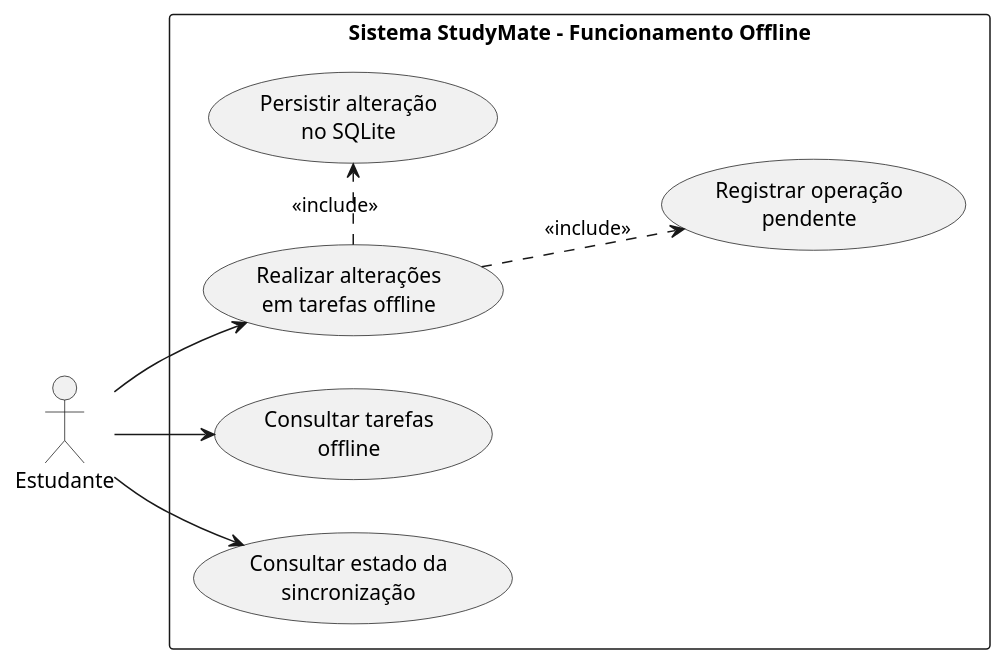
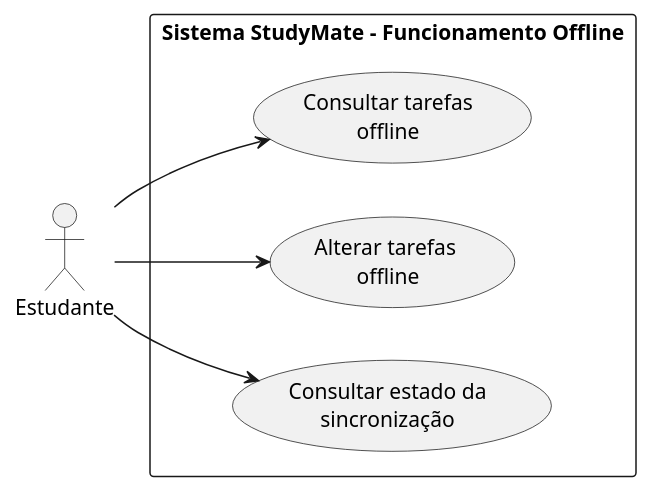
Before and after one commit to StudyMate-TG/studymate-app: the diagram in docs/use_case_diagram_offline.puml, drawn with PlantUML. The commit also changed 2 other files, not shown here.

Commit message:
docs: update offline use case diagram and EAS config

```diff
--- a/docs/use_case_diagram_offline.puml
+++ b/docs/use_case_diagram_offline.puml
@@ -1,34 +1,26 @@
 @startuml
 
 left to right direction
 
 skinparam linetype spline
 skinparam nodesep 35
 skinparam ranksep 40
 
 actor Estudante
 
 rectangle "Sistema StudyMate - Funcionamento Offline" {
 
     usecase "Consultar tarefas\noffline" as UC16
 
-    usecase "Realizar alterações\nem tarefas offline" as UC17
-    usecase "Persistir alteração\nno SQLite" as UC17A
-    usecase "Registrar operação\npendente" as UC17B
+    usecase "Alterar tarefas \noffline" as UC17
 
     usecase "Consultar estado da\nsincronização" as UC19
-
-    UC17 -[hidden]right-> UC17A
-    UC17A -[hidden]down-> UC17B
 
 }
 
 Estudante --> UC16
 Estudante --> UC17
 Estudante --> UC19
 
-UC17 .> UC17A : <<include>>
-UC17 .> UC17B : <<include>>
-
 
 @enduml
```
